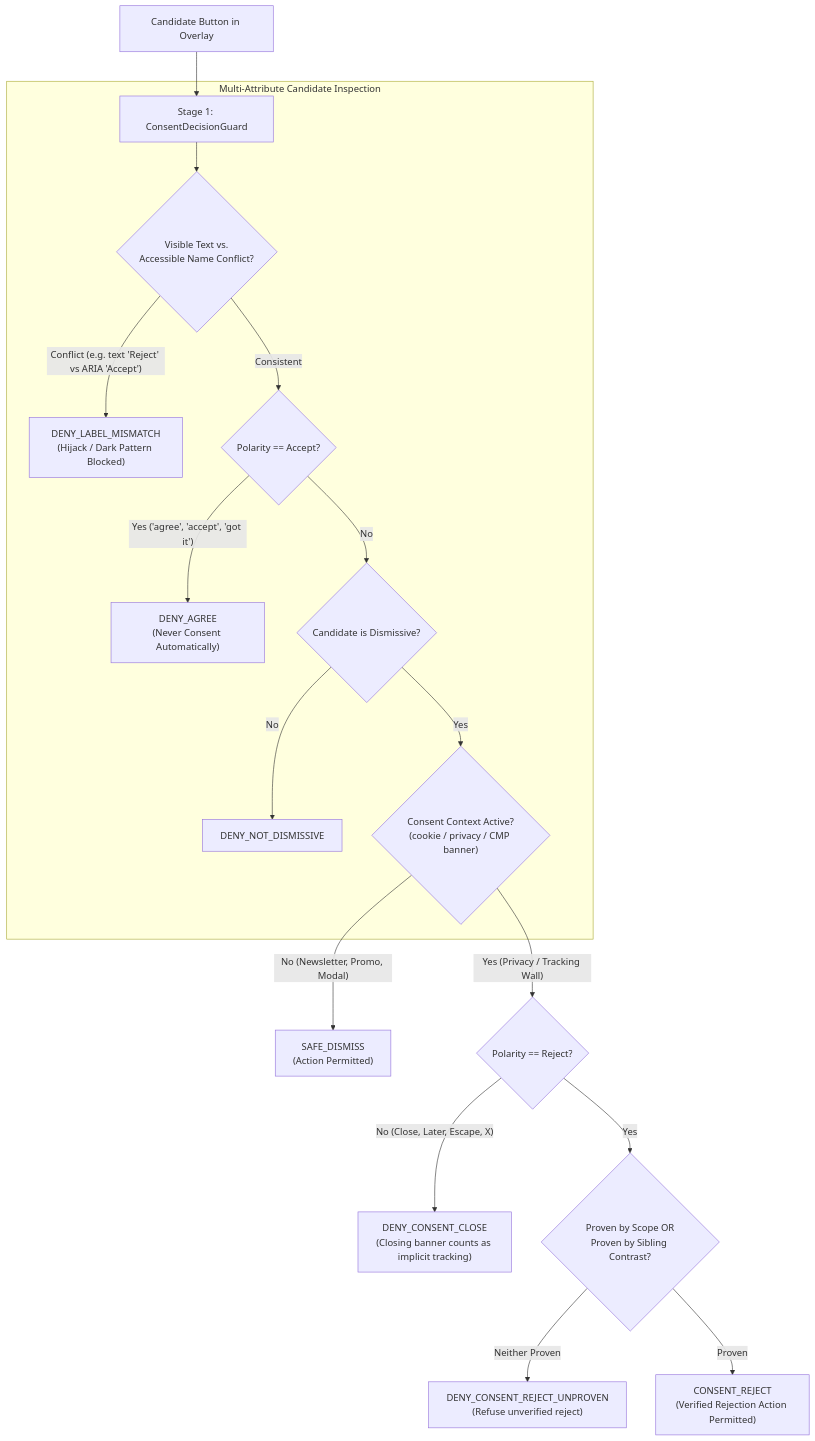
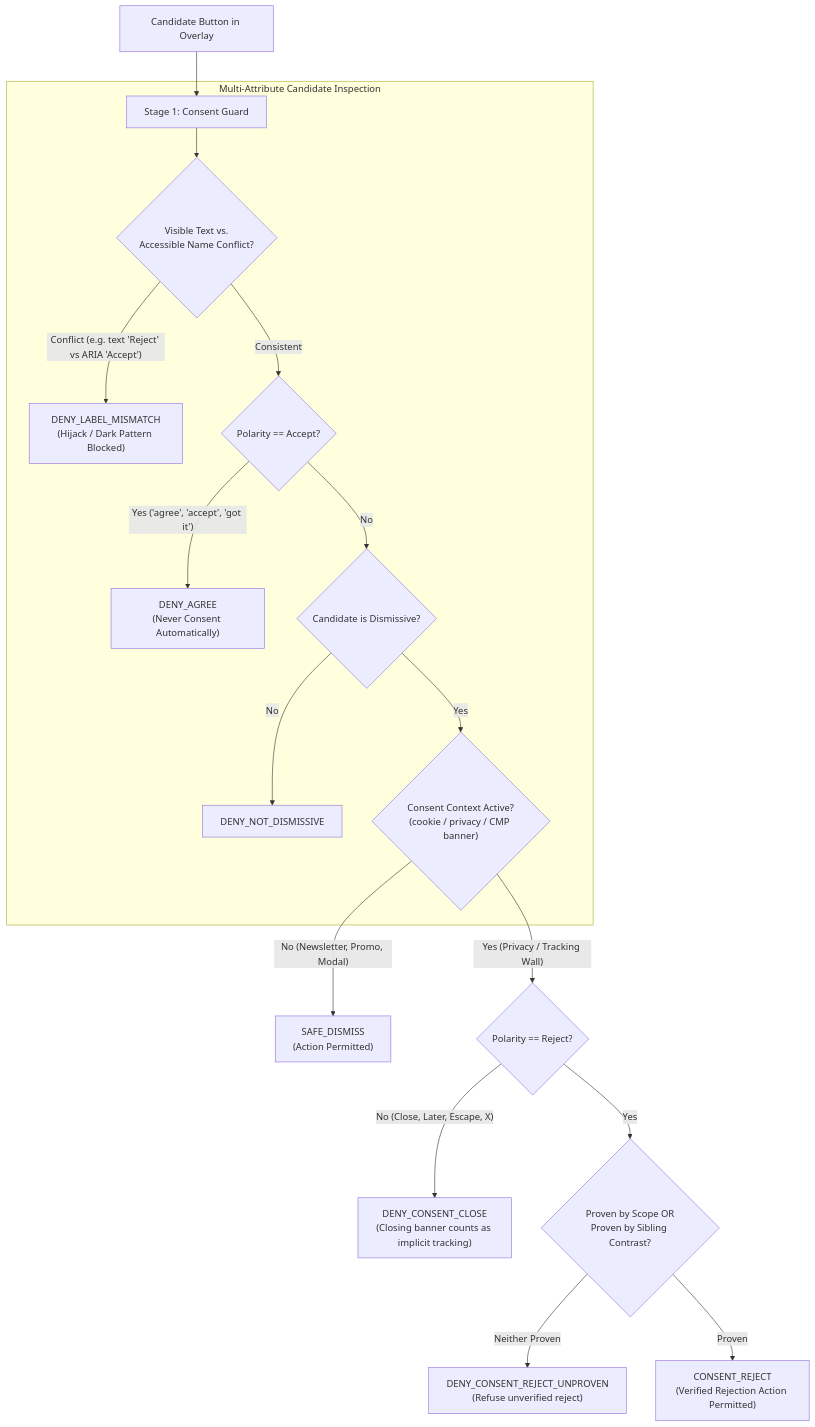
The second of 3 diagrams in docs/core-features/consent-management/blocker-dismissal/heuristic-detection-and-remediation/README.md (joelaniol/nova), drawn with Mermaid before and after one commit. The commit also changed other lines of this file and 49 other files, not shown here.

````diff
--- a/docs/core-features/consent-management/blocker-dismissal/heuristic-detection-and-remediation/README.md
+++ b/docs/core-features/consent-management/blocker-dismissal/heuristic-detection-and-remediation/README.md
@@ -131,23 +131,23 @@
 ```mermaid
 flowchart TD
-    Candidate["Candidate Button in Overlay"] --> Guard["Stage 1: ConsentDecisionGuard"]
+    Candidate["Candidate Button in Overlay"] --> Guard["Stage 1: Consent Guard"]
 
     subgraph Inspection["Multi-Attribute Candidate Inspection"]
         Guard --> TextCheck{"Visible Text vs.\nAccessible Name Conflict?"}
         TextCheck -- "Conflict (e.g. text 'Reject' vs ARIA 'Accept')" --> DenyMismatch["DENY_LABEL_MISMATCH\n(Hijack / Dark Pattern Blocked)"]
         TextCheck -- "Consistent" --> PolarityCheck{"Polarity == Accept?"}
         PolarityCheck -- "Yes ('agree', 'accept', 'got it')" --> DenyAgree["DENY_AGREE\n(Never Consent Automatically)"]
         PolarityCheck -- "No" --> DismissiveCheck{"Candidate is Dismissive?"}
         DismissiveCheck -- "No" --> DenyNotDismissive["DENY_NOT_DISMISSIVE"]
         DismissiveCheck -- "Yes" --> ContextCheck{"Consent Context Active?\n(cookie / privacy / CMP banner)"}
     end
 
     ContextCheck -- "No (Newsletter, Promo, Modal)" --> SafeDismiss["SAFE_DISMISS\n(Action Permitted)"]
     ContextCheck -- "Yes (Privacy / Tracking Wall)" --> RejectCheck{"Polarity == Reject?"}
 
     RejectCheck -- "No (Close, Later, Escape, X)" --> DenyClose["DENY_CONSENT_CLOSE\n(Closing banner counts as implicit tracking)"]
     RejectCheck -- "Yes" --> ProofCheck{"Proven by Scope OR\nProven by Sibling Contrast?"}
 
     ProofCheck -- "Neither Proven" --> DenyUnproven["DENY_CONSENT_REJECT_UNPROVEN\n(Refuse unverified reject)"]
     ProofCheck -- "Proven" --> ConsentReject["CONSENT_REJECT\n(Verified Rejection Action Permitted)"]
 ```
````
